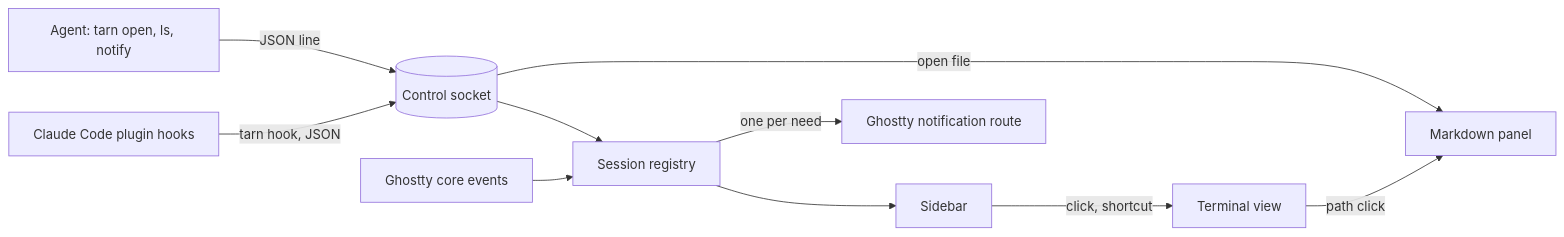
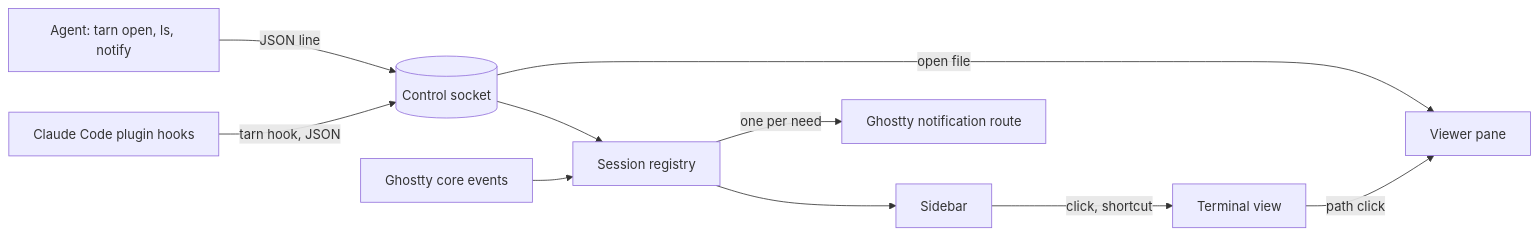
One commit to daniil4545/tarn changed the diagram in docs/spec.md. Above: the diagram before and after it, drawn with Mermaid. The commit also changed other lines of this file and 3 other files, not shown here.

First line of the commit message:
docs(viewer): plan, spec 2.5 and architecture for the editable viewer pane

````diff
--- a/docs/spec.md
+++ b/docs/spec.md
@@ -80,12 +80,12 @@
 ```mermaid
 flowchart LR
   plug["Claude Code plugin hooks"] -->|"tarn hook, JSON"| sock[("Control socket")]
   agent["Agent: tarn open, ls, notify"] -->|"JSON line"| sock
   sock --> reg["Session registry"]
   core["Ghostty core events"] --> reg
   reg --> side["Sidebar"]
   reg -->|"one per need"| note["Ghostty notification route"]
   side -->|"click, shortcut"| term["Terminal view"]
-  term -->|"path click"| panel["Markdown panel"]
+  term -->|"path click"| panel["Viewer pane"]
   sock -->|"open file"| panel
 ```
````
